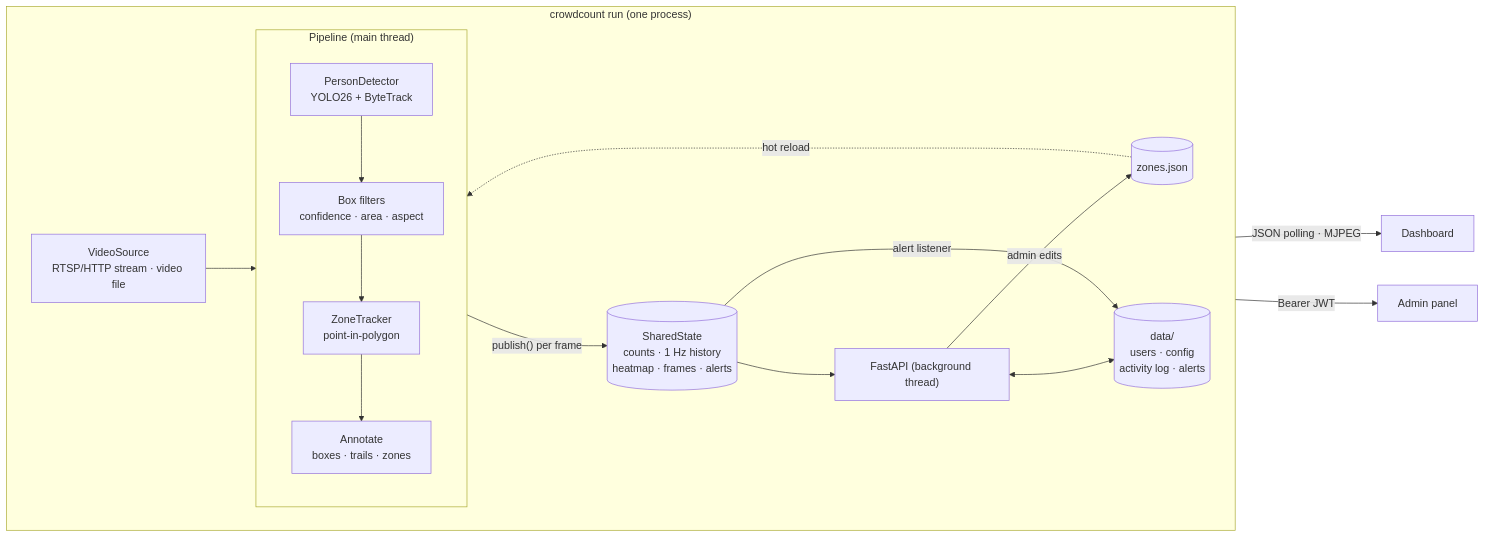
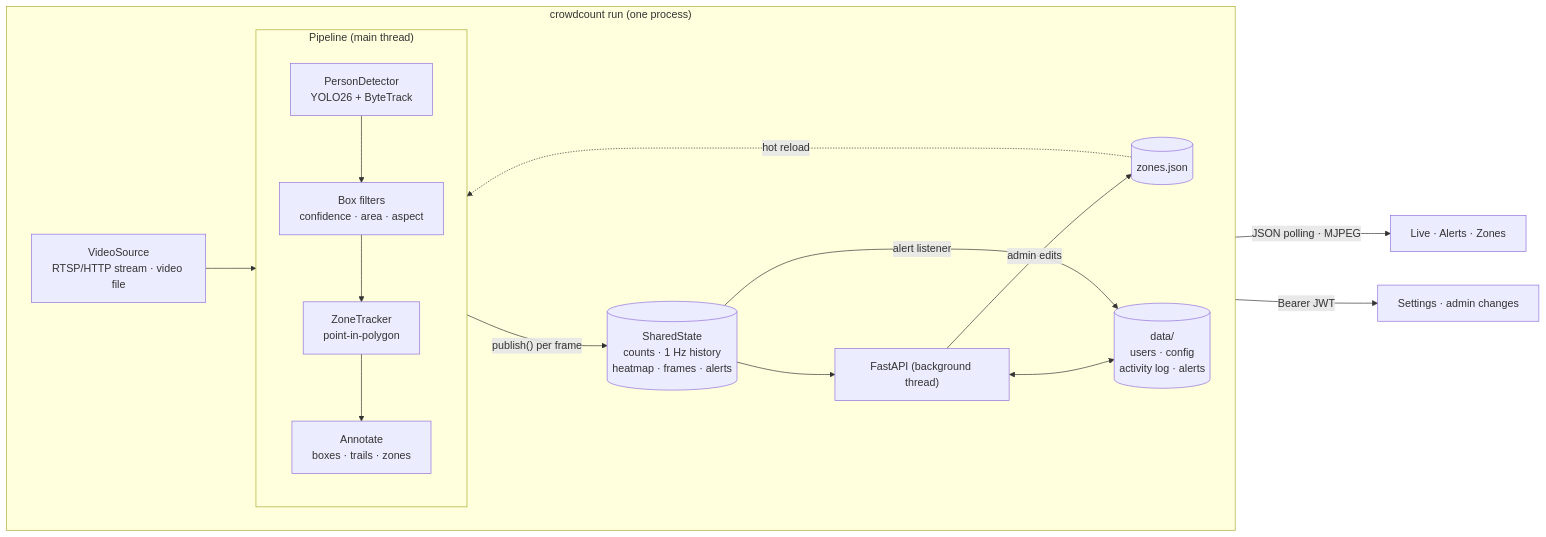
The diagram in docs/architecture.md (nvmaditya/CrowdCount), drawn with Mermaid before and after one commit. The commit also changed other lines of this file and 15 other files, not shown here.

````diff
--- a/docs/architecture.md
+++ b/docs/architecture.md
@@ -9,21 +9,21 @@
 ```mermaid
 flowchart LR
     subgraph process["crowdcount run (one process)"]
         direction LR
         src["VideoSource<br/>RTSP/HTTP stream · video file"] --> pipe
         subgraph pipe["Pipeline (main thread)"]
             direction TB
             det["PersonDetector<br/>YOLO26 + ByteTrack"] --> filt["Box filters<br/>confidence · area · aspect"]
             filt --> zt["ZoneTracker<br/>point-in-polygon"]
             zt --> ann["Annotate<br/>boxes · trails · zones"]
         end
         pipe -- "publish() per frame" --> state[("SharedState<br/>counts · 1 Hz history<br/>heatmap · frames · alerts")]
         state --> api["FastAPI (background thread)"]
         zones[("zones.json")] -. "hot reload" .-> pipe
         api -- "admin edits" --> zones
         api <--> store[("data/<br/>users · config<br/>activity log · alerts")]
         state -- "alert listener" --> store
     end
-    api -- "JSON polling · MJPEG" --> dash["Dashboard"]
-    api -- "Bearer JWT" --> admin["Admin panel"]
+    api -- "JSON polling · MJPEG" --> dash["Live · Alerts · Zones"]
+    api -- "Bearer JWT" --> admin["Settings · admin changes"]
 ```
````
